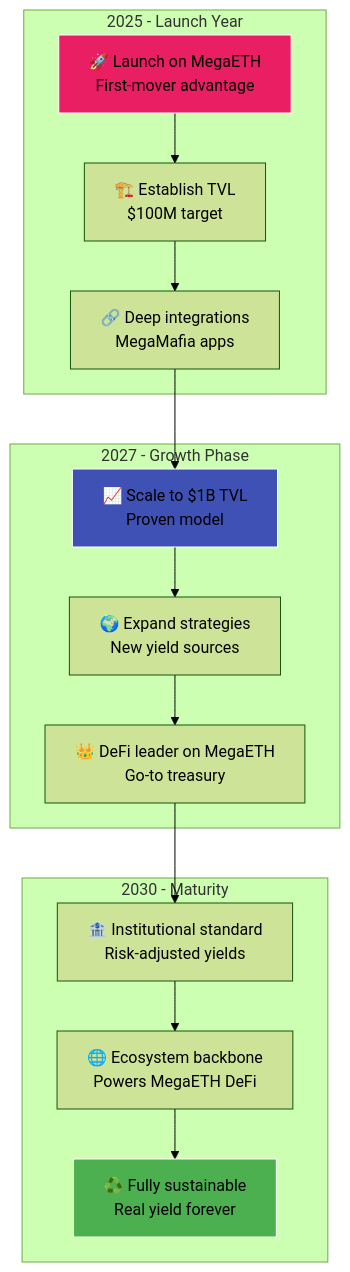
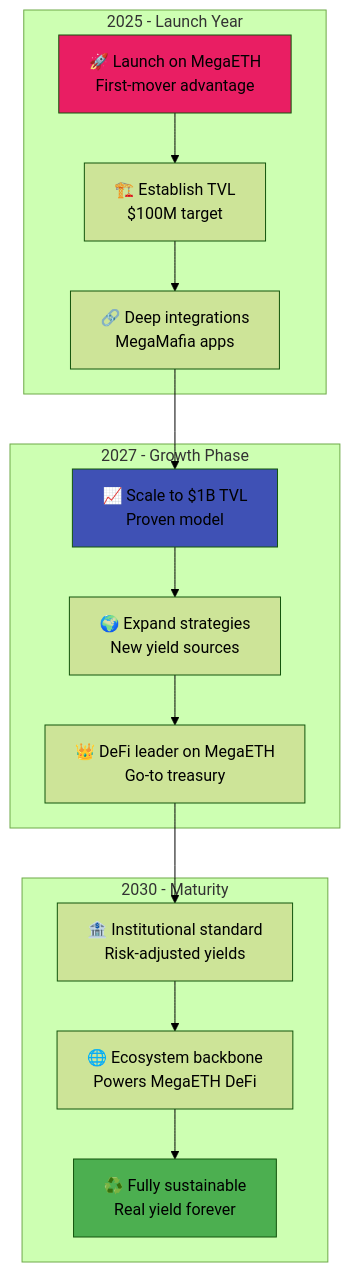
One commit to 0xJaehaerys/ohmega changed the sixth of 6 diagrams in blackhaven-mega-ecosystem.md. Above: the diagram before and after it, drawn with Mermaid (forest theme). The commit also changed other lines of this file and 6 other files, not shown here.

First line of the commit message:
Remove white color from all diagrams

````diff
--- a/blackhaven-mega-ecosystem.md
+++ b/blackhaven-mega-ecosystem.md
@@ -218,33 +218,33 @@
 ```mermaid
 graph TB
     subgraph "2025 - Launch Year"
         LAUNCH["🚀 Launch on MegaETH<br/>First-mover advantage"]
         ESTABLISH["🏗️ Establish TVL<br/>$100M target"]
         INTEGRATE["🔗 Deep integrations<br/>MegaMafia apps"]
     end
     
     subgraph "2027 - Growth Phase"
         SCALE["📈 Scale to $1B TVL<br/>Proven model"]
         EXPAND["🌍 Expand strategies<br/>New yield sources"]
         LEAD["👑 DeFi leader on MegaETH<br/>Go-to treasury"]
     end
     
     subgraph "2030 - Maturity"
         INSTITUTION["🏦 Institutional standard<br/>Risk-adjusted yields"]
         ECOSYSTEM["🌐 Ecosystem backbone<br/>Powers MegaETH DeFi"]
         SUSTAINABLE["♻️ Fully sustainable<br/>Real yield forever"]
     end
     
     LAUNCH --> ESTABLISH
     ESTABLISH --> INTEGRATE
     INTEGRATE --> SCALE
     SCALE --> EXPAND
     EXPAND --> LEAD
     LEAD --> INSTITUTION
     INSTITUTION --> ECOSYSTEM
     ECOSYSTEM --> SUSTAINABLE
     
-    style LAUNCH fill:#e91e63,stroke:#fff
-    style SCALE fill:#3f51b5,stroke:#fff
-    style SUSTAINABLE fill:#4caf50,stroke:#fff
+    style LAUNCH fill:#e91e63
+    style SCALE fill:#3f51b5
+    style SUSTAINABLE fill:#4caf50
 ```
````
